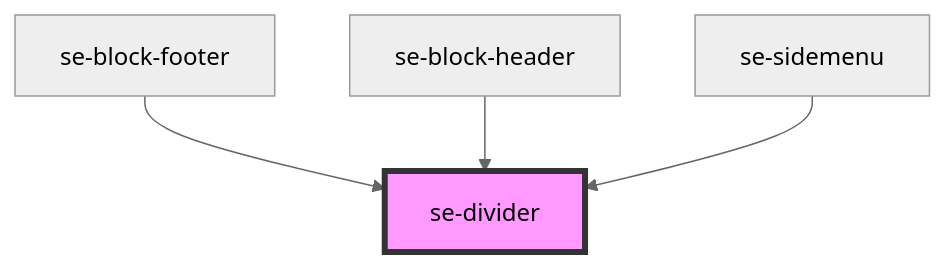
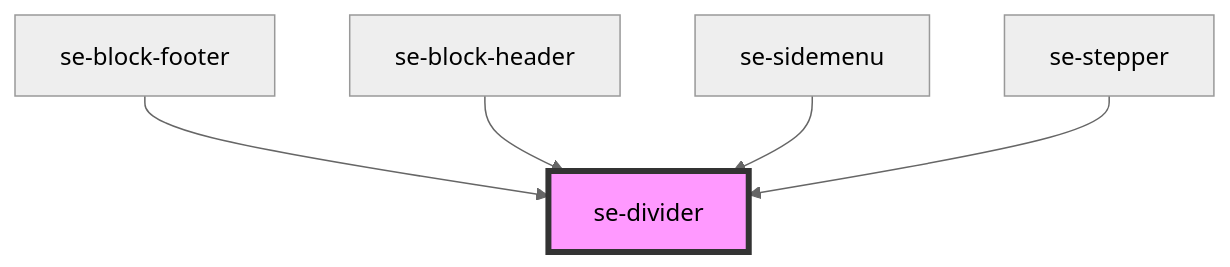
One commit to robbiemcmullense/se-web-ui changed the diagram in src-core/src/components/divider/readme.md. Above: the diagram before and after it, drawn with Mermaid (neutral theme). The commit also changed other lines of this file and 142 other files, not shown here.

````diff
--- a/src-core/src/components/divider/readme.md
+++ b/src-core/src/components/divider/readme.md
@@ -25,7 +26,8 @@
 ```mermaid
 graph TD;
   se-block-footer --> se-divider
   se-block-header --> se-divider
   se-sidemenu --> se-divider
+  se-stepper --> se-divider
   style se-divider fill:#f9f,stroke:#333,stroke-width:4px
 ```
````
